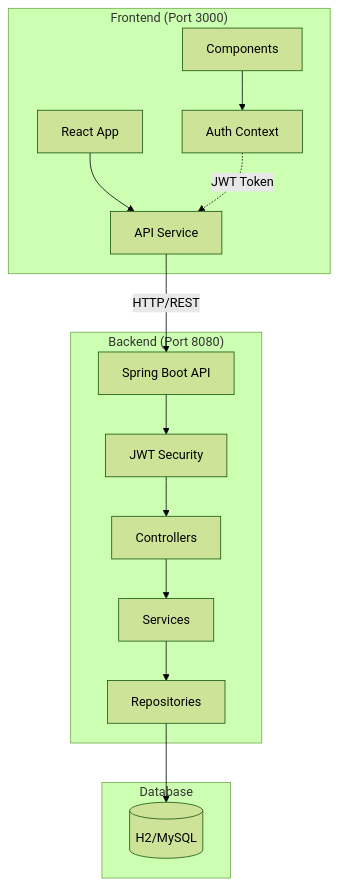
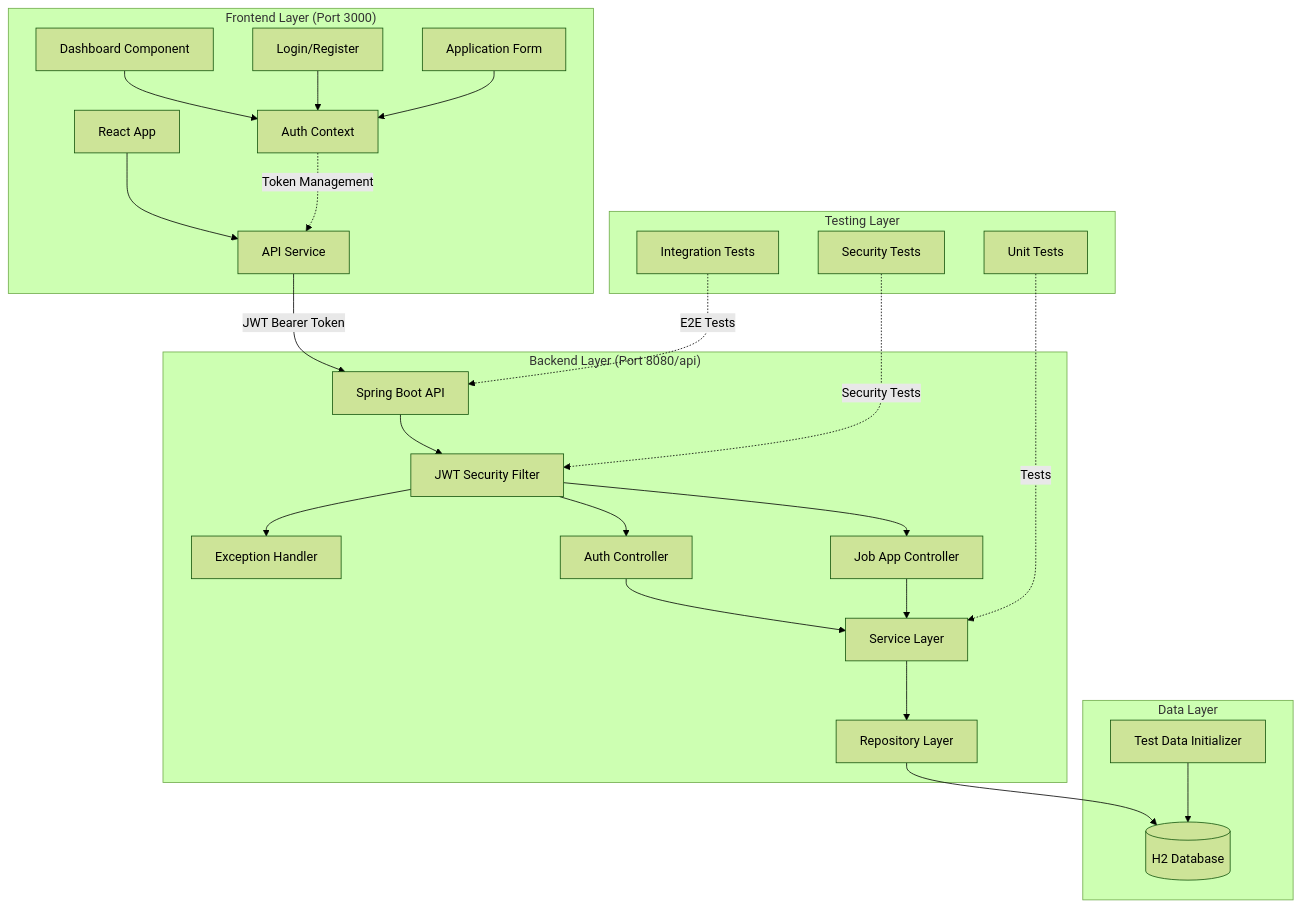
The first of 5 diagrams in README.md (Jnolcox/job-tracker), drawn with Mermaid (forest theme) before and after one commit. The commit also changed other lines of this file and 1 other file, not shown here.

````diff
--- a/README.md
+++ b/README.md
@@ -40,32 +42,53 @@
 ```mermaid
 graph TB
-    subgraph "Frontend (Port 3000)"
+    subgraph "Frontend Layer (Port 3000)"
         A[React App]
         B[Auth Context]
         C[API Service]
-        D[Components]
+        D[Dashboard Component]
+        E[Login/Register]
+        F[Application Form]
     end
     
-    subgraph "Backend (Port 8080)"
-        E[Spring Boot API]
-        F[JWT Security]
-        G[Controllers]
-        H[Services]
-        I[Repositories]
+    subgraph "Backend Layer (Port 8080/api)"
+        G[Spring Boot API]
+        H[JWT Security Filter]
+        I[Exception Handler]
+        J[Auth Controller]
+        K[Job App Controller]
+        L[Service Layer]
+        M[Repository Layer]
     end
     
-    subgraph "Database"
-        J[(H2/MySQL)]
+    subgraph "Data Layer"
+        N[(H2 Database)]
+        O[Test Data Initializer]
+    end
+    
+    subgraph "Testing Layer"
+        P[Unit Tests]
+        Q[Integration Tests]
+        R[Security Tests]
     end
     
     A --> C
-    C -->|HTTP/REST| E
-    E --> F
-    F --> G
+    C -->|JWT Bearer Token| G
     G --> H
     H --> I
-    I --> J
+    H --> J
+    H --> K
+    J --> L
+    K --> L
+    L --> M
+    M --> N
+    O --> N
     
-    B -.->|JWT Token| C
+    P -.->|Tests| L
+    Q -.->|E2E Tests| G
+    R -.->|Security Tests| H
+    
+    B -.->|Token Management| C
     D --> B
+    E --> B
+    F --> B
 ```
````
